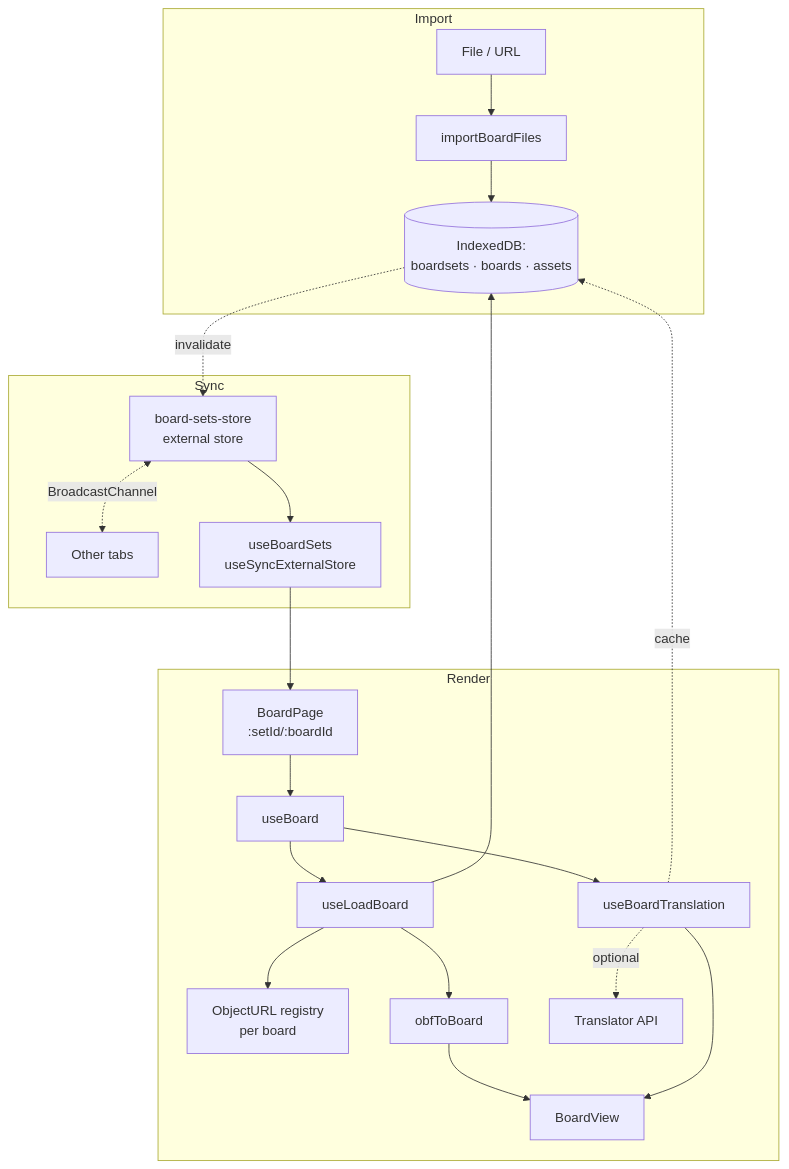
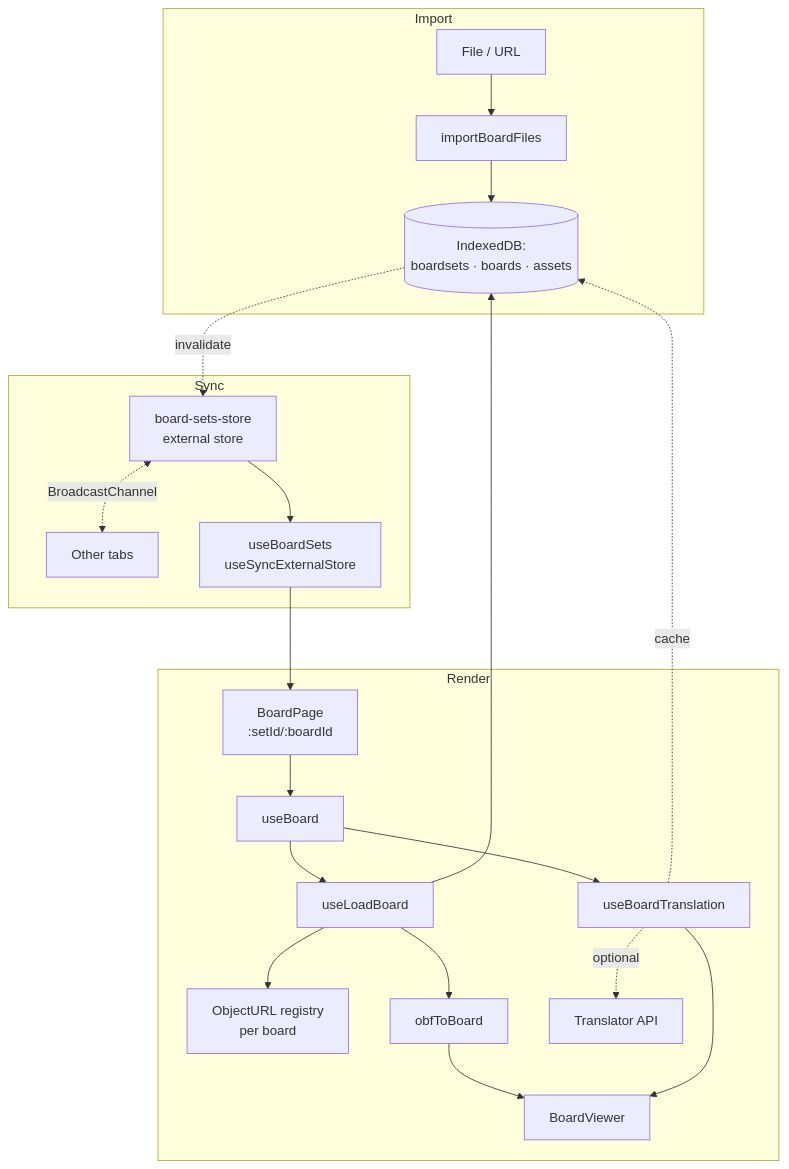
The diagram in docs/architecture.md (shayc/aac-board-ai), drawn with Mermaid before and after one commit. The commit also changed other lines of this file and 3 other files, not shown here.

Commit message:
refactor: rename BoardView to BoardViewer (#272)

````diff
--- a/docs/architecture.md
+++ b/docs/architecture.md
@@ -74,28 +74,28 @@
 ```mermaid
 flowchart TD
   subgraph Import
     A[File / URL] --> B[importBoardFiles]
     B --> C[(IndexedDB:<br/>boardsets · boards · assets)]
   end
 
   subgraph Sync
     C -. invalidate .-> D[board-sets-store<br/>external store]
     D <-. BroadcastChannel .-> D2[Other tabs]
     D --> E[useBoardSets<br/>useSyncExternalStore]
   end
 
   subgraph Render
     F[BoardPage<br/>:setId/:boardId] --> G[useBoard]
     G --> H[useLoadBoard]
     H --> C
     H --> I[ObjectURL registry<br/>per board]
     H --> J[obfToBoard]
     G --> K[useBoardTranslation]
     K -. optional .-> L[Translator API]
     K -. cache .-> C
-    J --> M[BoardView]
+    J --> M[BoardViewer]
     K --> M
   end
 
   E --> F
 ```
````
